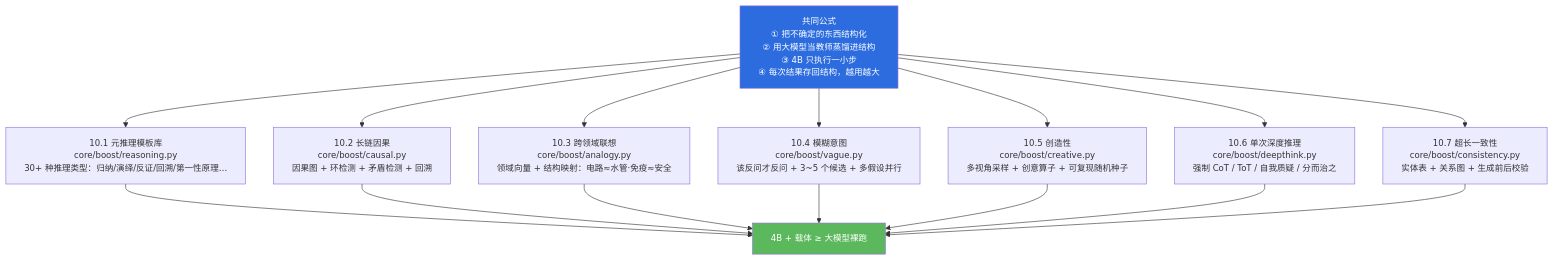
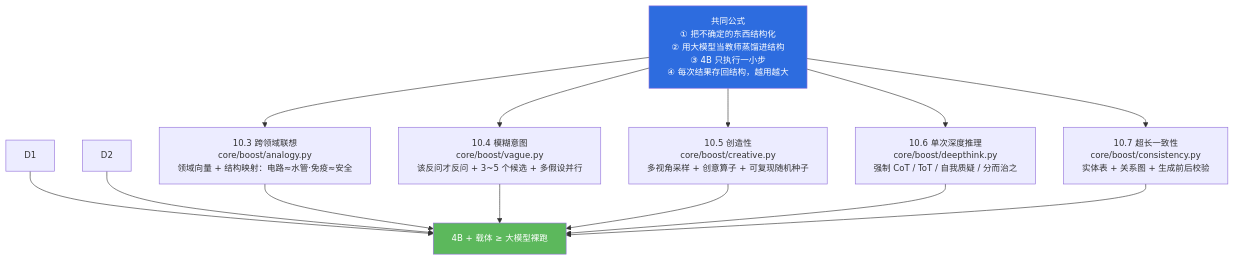
One commit to jiangchuangege/xiaojiao-harnees changed diagram 11 of 19 in docs/architecture-diagrams.md. Above: the diagram before and after it, drawn with Mermaid. The commit also changed other lines of this file and 26 other files, not shown here.

````diff
--- a/docs/architecture-diagrams.md
+++ b/docs/architecture-diagrams.md
@@ -403,24 +403,22 @@
 ```mermaid
 %%{init: {"themeVariables": {"fontSize": "14px"}, "flowchart": {"htmlLabels": true, "wrappingWidth": 340, "nodeSpacing": 46, "rankSpacing": 64, "useMaxWidth": true}}}%%
 flowchart TB
     G["共同公式<br/>① 把不确定的东西结构化<br/>② 用大模型当教师蒸馏进结构<br/>③ 4B 只执行一小步<br/>④ 每次结果存回结构，越用越大"]
 
-    G --> D1["10.1 元推理模板库<br/>core/boost/reasoning.py<br/>30+ 种推理类型：归纳/演绎/反证/回溯/第一性原理…"]
-    G --> D2["10.2 长链因果<br/>core/boost/causal.py<br/>因果图 + 环检测 + 矛盾检测 + 回溯"]
     G --> D3["10.3 跨领域联想<br/>core/boost/analogy.py<br/>领域向量 + 结构映射：电路≈水管·免疫≈安全"]
     G --> D4["10.4 模糊意图<br/>core/boost/vague.py<br/>该反问才反问 + 3~5 个候选 + 多假设并行"]
     G --> D5["10.5 创造性<br/>core/boost/creative.py<br/>多视角采样 + 创意算子 + 可复现随机种子"]
     G --> D6["10.6 单次深度推理<br/>core/boost/deepthink.py<br/>强制 CoT / ToT / 自我质疑 / 分而治之"]
     G --> D7["10.7 超长一致性<br/>core/boost/consistency.py<br/>实体表 + 关系图 + 生成前后校验"]
 
     D1 --> RES["4B + 载体 ≥ 大模型裸跑"]
     D2 --> RES
     D3 --> RES
     D4 --> RES
     D5 --> RES
     D6 --> RES
     D7 --> RES
 
     style G fill:#2d6cdf,color:#fff
     style RES fill:#5cb85c,color:#fff
 ```
````
